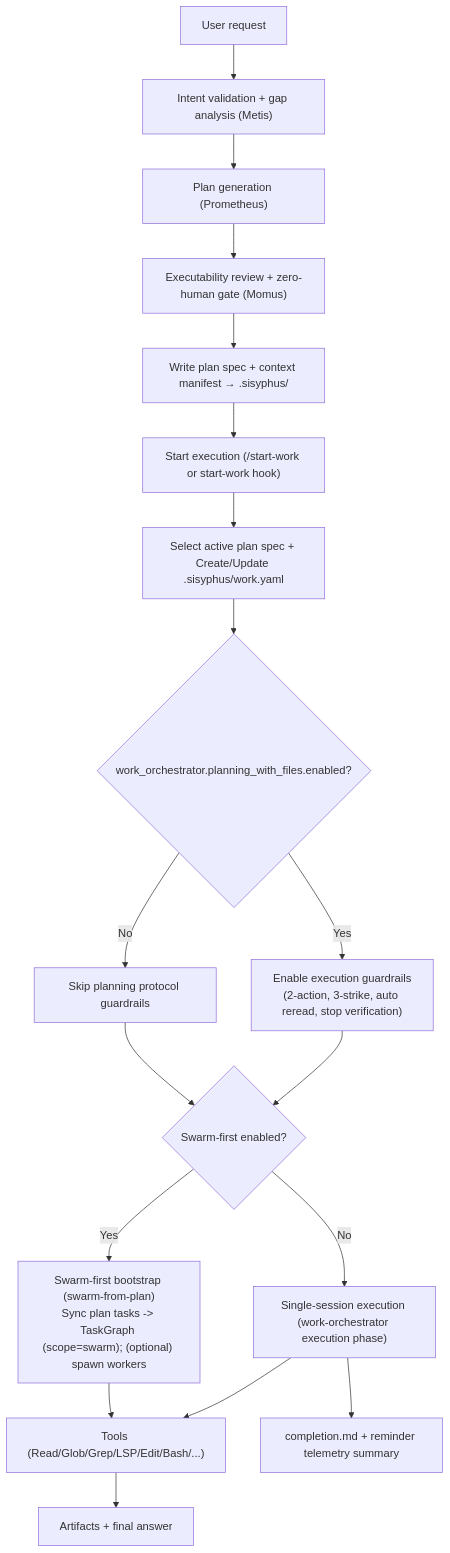
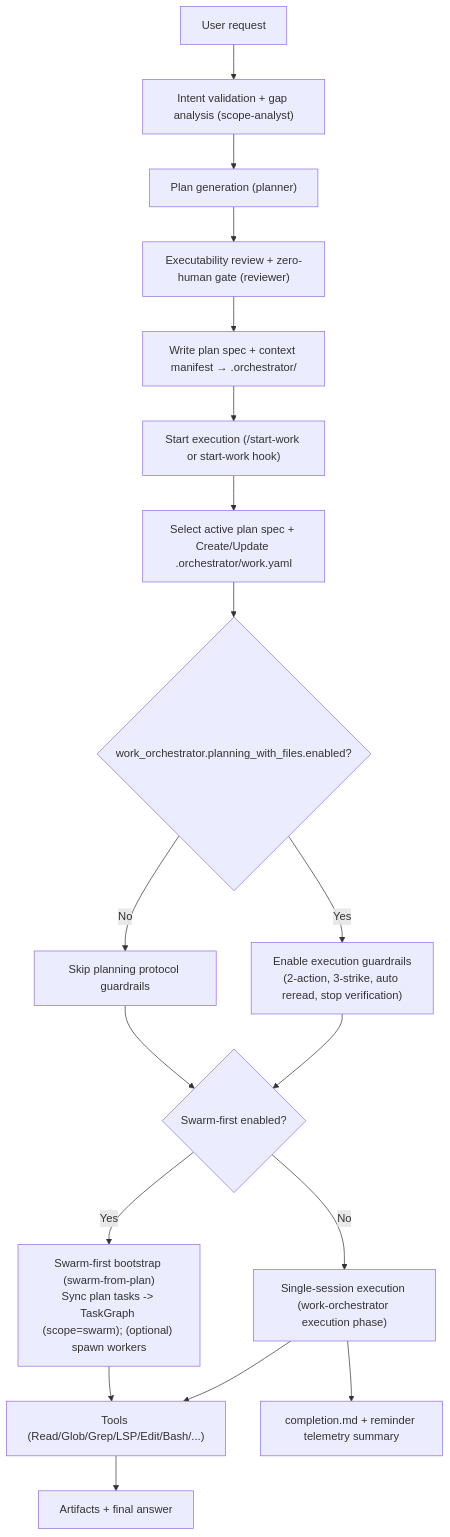
One commit to arcthur/oh-my-opencode changed the diagram in docs/journeys/planning-to-execution.md. Above: the diagram before and after it, drawn with Mermaid. The commit also changed other lines of this file and 416 other files, not shown here.

````diff
--- a/docs/journeys/planning-to-execution.md
+++ b/docs/journeys/planning-to-execution.md
@@ -10,24 +10,24 @@
 ```mermaid
 flowchart TD
-  U["User request"] --> MT["Intent validation + gap analysis (Metis)"]
-  MT --> PG["Plan generation (Prometheus)"]
-  PG --> MO["Executability review + zero-human gate (Momus)"]
+  U["User request"] --> MT["Intent validation + gap analysis (scope-analyst)"]
+  MT --> PG["Plan generation (planner)"]
+  PG --> MO["Executability review + zero-human gate (reviewer)"]
 
-  MO --> ART["Write plan spec + context manifest → .sisyphus/"]
+  MO --> ART["Write plan spec + context manifest → .orchestrator/"]
   ART --> SW["Start execution (/start-work or start-work hook)"]
-  SW --> MIG["Select active plan spec + Create/Update .sisyphus/work.yaml"]
+  SW --> MIG["Select active plan spec + Create/Update .orchestrator/work.yaml"]
 
   MIG --> PWF{"work_orchestrator.planning_with_files.enabled?"}
   PWF -->|Yes| PWFY["Enable execution guardrails\n(2-action, 3-strike, auto reread, stop verification)"]
   PWF -->|No| PWFN["Skip planning protocol guardrails"]
 
   PWFY --> MODE{"Swarm-first enabled?"}
   PWFN --> MODE
   MODE -->|No| AT["Single-session execution (work-orchestrator execution phase)"]
   MODE -->|Yes| SF["Swarm-first bootstrap (swarm-from-plan)\nSync plan tasks -> TaskGraph (scope=swarm); (optional) spawn workers"]
 
   AT --> TOOL["Tools (Read/Glob/Grep/LSP/Edit/Bash/...)"]
   SF --> TOOL
   TOOL --> OUT["Artifacts + final answer"]
   AT --> COMP["completion.md + reminder telemetry summary"]
 ```
````
